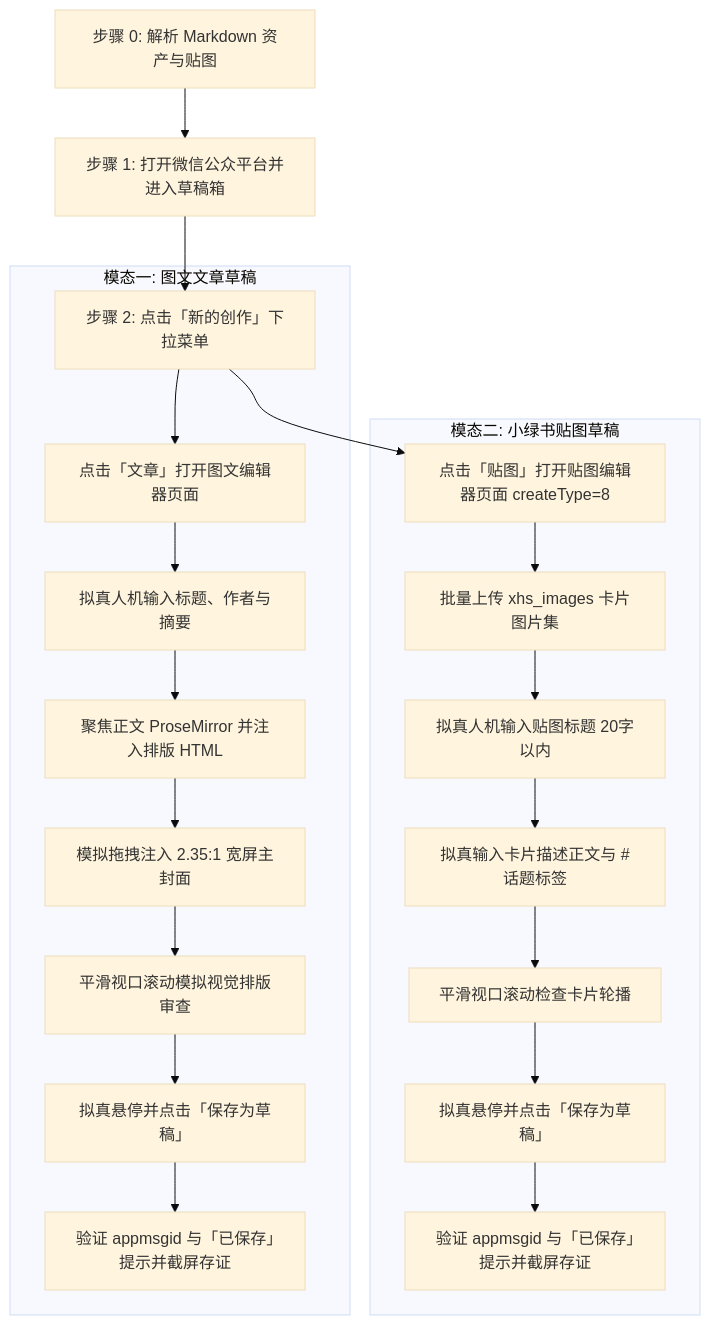
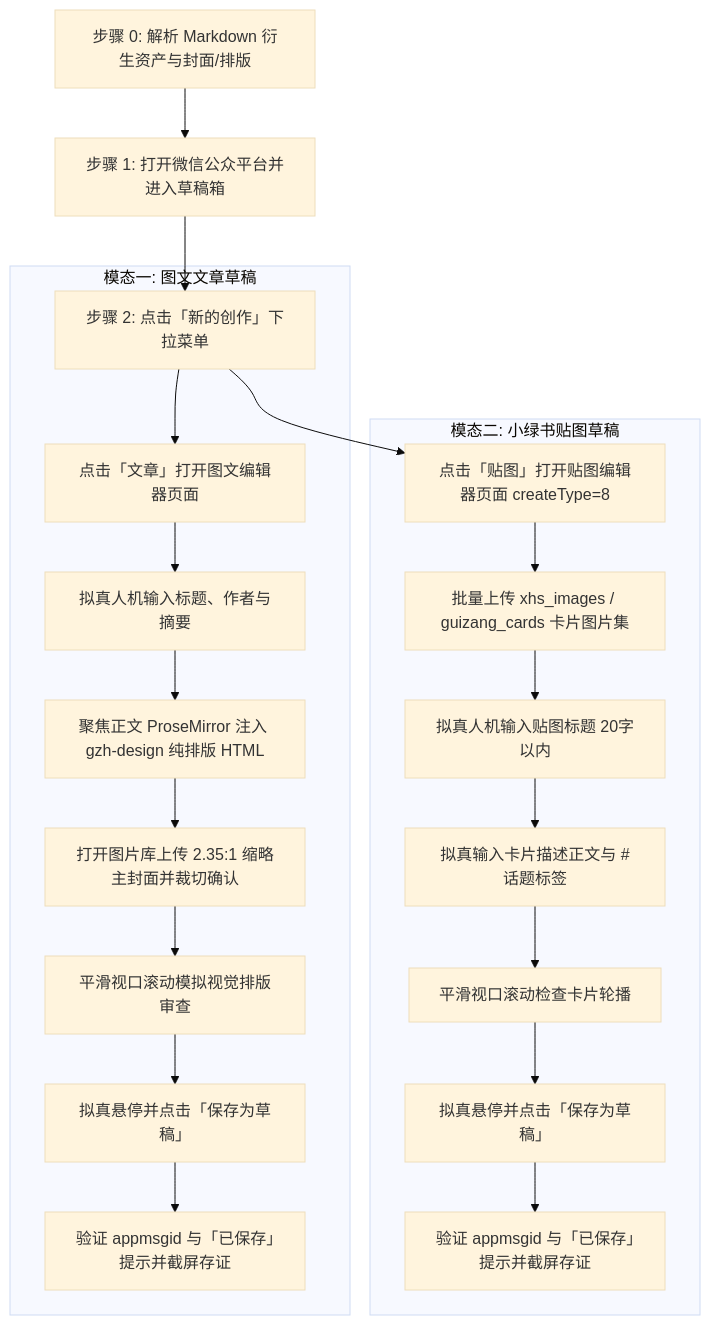
One commit to undsky/doudou-publish-skills changed the diagram in skills/doudou-weixin/SKILL.md. Above: the diagram before and after it, drawn with Mermaid (base theme). The commit also changed other lines of this file and 18 other files, not shown here.

````diff
--- a/skills/doudou-weixin/SKILL.md
+++ b/skills/doudou-weixin/SKILL.md
@@ -43,25 +43,25 @@
 ```mermaid
 flowchart TD
-    S0[步骤 0: 解析 Markdown 资产与贴图] --> S1[步骤 1: 打开微信公众平台并进入草稿箱]
+    S0[步骤 0: 解析 Markdown 衍生资产与封面/排版] --> S1[步骤 1: 打开微信公众平台并进入草稿箱]
     S1 --> S2[步骤 2: 点击「新的创作」下拉菜单]
     
     subgraph 模态一: 图文文章草稿
         S2 --> A1[点击「文章」打开图文编辑器页面]
         A1 --> A2[拟真人机输入标题、作者与摘要]
-        A2 --> A3[聚焦正文 ProseMirror 并注入排版 HTML]
-        A3 --> A4[模拟拖拽注入 2.35:1 宽屏主封面]
+        A2 --> A3[聚焦正文 ProseMirror 注入 gzh-design 纯排版 HTML]
+        A3 --> A4[打开图片库上传 2.35:1 缩略主封面并裁切确认]
         A4 --> A5[平滑视口滚动模拟视觉排版审查]
         A5 --> A6[拟真悬停并点击「保存为草稿」]
         A6 --> A7[验证 appmsgid 与「已保存」提示并截屏存证]
     end
 
     subgraph 模态二: 小绿书贴图草稿
         S2 --> B1[点击「贴图」打开贴图编辑器页面 createType=8]
-        B1 --> B2[批量上传 xhs_images 卡片图片集]
+        B1 --> B2[批量上传 xhs_images / guizang_cards 卡片图片集]
         B2 --> B3[拟真人机输入贴图标题 20字以内]
         B3 --> B4[拟真输入卡片描述正文与 #话题标签]
         B4 --> B5[平滑视口滚动检查卡片轮播]
         B5 --> B6[拟真悬停并点击「保存为草稿」]
         B6 --> B7[验证 appmsgid 与「已保存」提示并截屏存证]
     end
 ```
````
